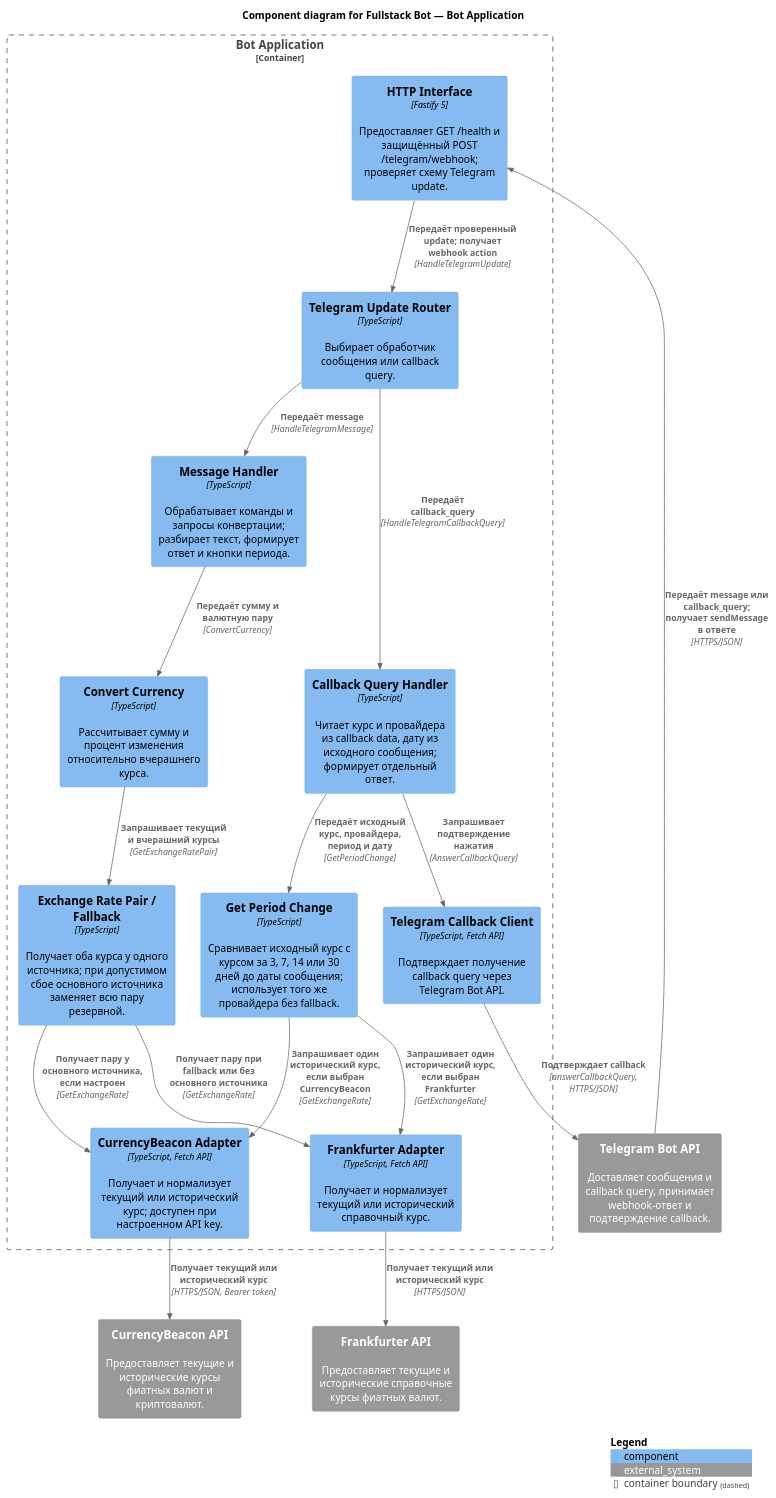
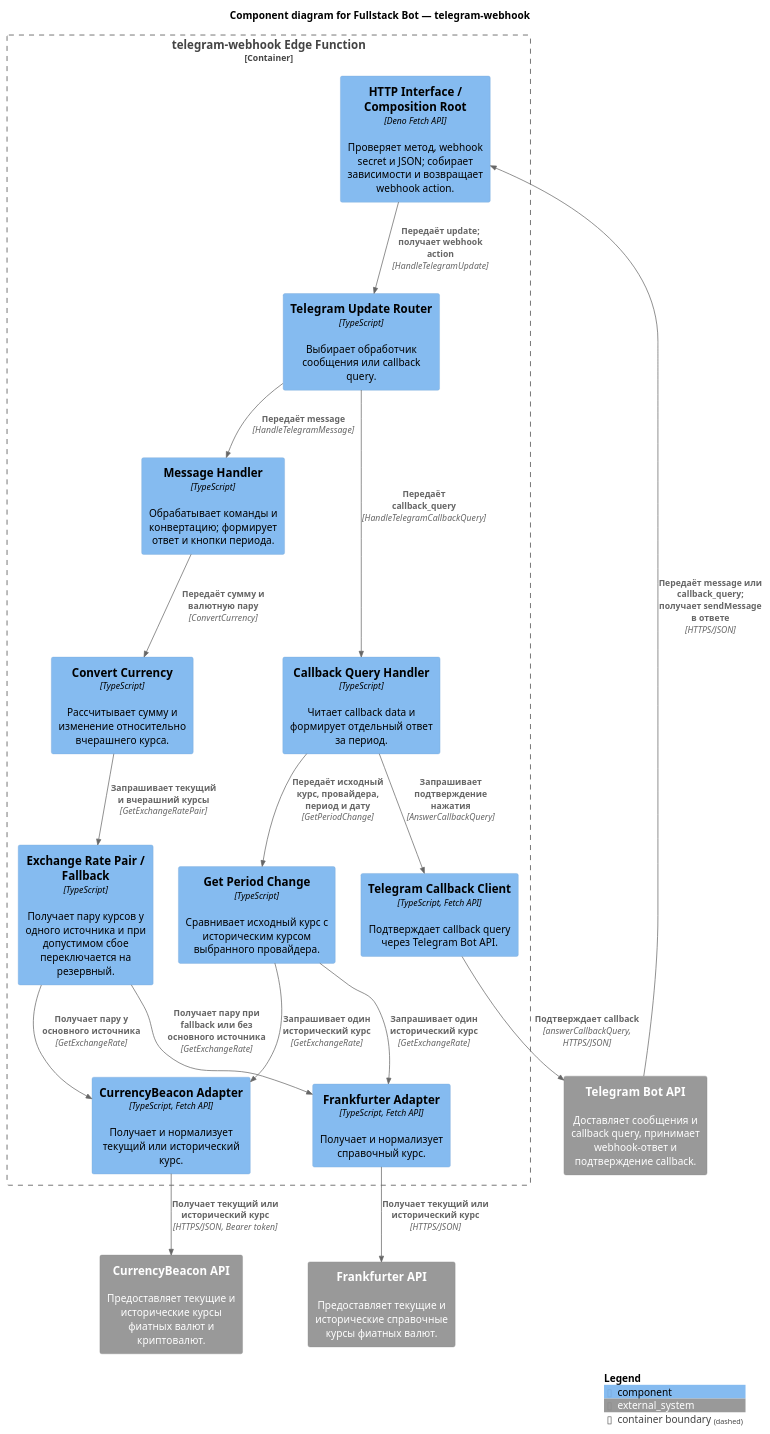
One commit to yarek-dev/FastestCurrency changed the diagram in docs/architecture/c4-components.puml. Above: the diagram before and after it, drawn with PlantUML. The commit also changed 91 other files, not shown here.

```diff
--- a/docs/architecture/c4-components.puml
+++ b/docs/architecture/c4-components.puml
@@ -1,42 +1,42 @@
-@startuml Fullstack Bot - Bot Application Components
+@startuml Fullstack Bot - Edge Function Components
 !include <C4/C4_Component>
 
-title Component diagram for Fullstack Bot — Bot Application
+title Component diagram for Fullstack Bot — telegram-webhook
 
 LAYOUT_TOP_DOWN()
 
 System_Ext(telegram, "Telegram Bot API", "Доставляет сообщения и callback query, принимает webhook-ответ и подтверждение callback.")
 System_Ext(currency_beacon, "CurrencyBeacon API", "Предоставляет текущие и исторические курсы фиатных валют и криптовалют.")
 System_Ext(frankfurter, "Frankfurter API", "Предоставляет текущие и исторические справочные курсы фиатных валют.")
 
-Container_Boundary(bot_app, "Bot Application") {
-  Component(http_interface, "HTTP Interface", "Fastify 5", "Предоставляет GET /health и защищённый POST /telegram/webhook; проверяет схему Telegram update.")
+Container_Boundary(edge_function, "telegram-webhook Edge Function") {
+  Component(http_interface, "HTTP Interface / Composition Root", "Deno Fetch API", "Проверяет метод, webhook secret и JSON; собирает зависимости и возвращает webhook action.")
   Component(update_router, "Telegram Update Router", "TypeScript", "Выбирает обработчик сообщения или callback query.")
-  Component(message_handler, "Message Handler", "TypeScript", "Обрабатывает команды и запросы конвертации; разбирает текст, формирует ответ и кнопки периода.")
-  Component(callback_handler, "Callback Query Handler", "TypeScript", "Читает курс и провайдера из callback data, дату из исходного сообщения; формирует отдельный ответ.")
-  Component(convert_currency, "Convert Currency", "TypeScript", "Рассчитывает сумму и процент изменения относительно вчерашнего курса.")
-  Component(period_change, "Get Period Change", "TypeScript", "Сравнивает исходный курс с курсом за 3, 7, 14 или 30 дней до даты сообщения; использует того же провайдера без fallback.")
-  Component(rate_pair, "Exchange Rate Pair / Fallback", "TypeScript", "Получает оба курса у одного источника; при допустимом сбое основного источника заменяет всю пару резервной.")
-  Component(beacon_adapter, "CurrencyBeacon Adapter", "TypeScript, Fetch API", "Получает и нормализует текущий или исторический курс; доступен при настроенном API key.")
-  Component(frankfurter_adapter, "Frankfurter Adapter", "TypeScript, Fetch API", "Получает и нормализует текущий или исторический справочный курс.")
-  Component(telegram_client, "Telegram Callback Client", "TypeScript, Fetch API", "Подтверждает получение callback query через Telegram Bot API.")
+  Component(message_handler, "Message Handler", "TypeScript", "Обрабатывает команды и конвертацию; формирует ответ и кнопки периода.")
+  Component(callback_handler, "Callback Query Handler", "TypeScript", "Читает callback data и формирует отдельный ответ за период.")
+  Component(convert_currency, "Convert Currency", "TypeScript", "Рассчитывает сумму и изменение относительно вчерашнего курса.")
+  Component(period_change, "Get Period Change", "TypeScript", "Сравнивает исходный курс с историческим курсом выбранного провайдера.")
+  Component(rate_pair, "Exchange Rate Pair / Fallback", "TypeScript", "Получает пару курсов у одного источника и при допустимом сбое переключается на резервный.")
+  Component(beacon_adapter, "CurrencyBeacon Adapter", "TypeScript, Fetch API", "Получает и нормализует текущий или исторический курс.")
+  Component(frankfurter_adapter, "Frankfurter Adapter", "TypeScript, Fetch API", "Получает и нормализует справочный курс.")
+  Component(telegram_client, "Telegram Callback Client", "TypeScript, Fetch API", "Подтверждает callback query через Telegram Bot API.")
 }
 
 Rel(telegram, http_interface, "Передаёт message или callback_query; получает sendMessage в ответе", "HTTPS/JSON")
-Rel(http_interface, update_router, "Передаёт проверенный update; получает webhook action", "HandleTelegramUpdate")
+Rel(http_interface, update_router, "Передаёт update; получает webhook action", "HandleTelegramUpdate")
 Rel(update_router, message_handler, "Передаёт message", "HandleTelegramMessage")
 Rel(update_router, callback_handler, "Передаёт callback_query", "HandleTelegramCallbackQuery")
 Rel(message_handler, convert_currency, "Передаёт сумму и валютную пару", "ConvertCurrency")
 Rel(callback_handler, period_change, "Передаёт исходный курс, провайдера, период и дату", "GetPeriodChange")
 Rel(callback_handler, telegram_client, "Запрашивает подтверждение нажатия", "AnswerCallbackQuery")
 Rel(telegram_client, telegram, "Подтверждает callback", "answerCallbackQuery, HTTPS/JSON")
 Rel(convert_currency, rate_pair, "Запрашивает текущий и вчерашний курсы", "GetExchangeRatePair")
-Rel(rate_pair, beacon_adapter, "Получает пару у основного источника, если настроен", "GetExchangeRate")
+Rel(rate_pair, beacon_adapter, "Получает пару у основного источника", "GetExchangeRate")
 Rel(rate_pair, frankfurter_adapter, "Получает пару при fallback или без основного источника", "GetExchangeRate")
-Rel(period_change, beacon_adapter, "Запрашивает один исторический курс, если выбран CurrencyBeacon", "GetExchangeRate")
-Rel(period_change, frankfurter_adapter, "Запрашивает один исторический курс, если выбран Frankfurter", "GetExchangeRate")
+Rel(period_change, beacon_adapter, "Запрашивает один исторический курс", "GetExchangeRate")
+Rel(period_change, frankfurter_adapter, "Запрашивает один исторический курс", "GetExchangeRate")
 Rel(beacon_adapter, currency_beacon, "Получает текущий или исторический курс", "HTTPS/JSON, Bearer token")
 Rel(frankfurter_adapter, frankfurter, "Получает текущий или исторический курс", "HTTPS/JSON")
 
 SHOW_LEGEND()
 @enduml
```
